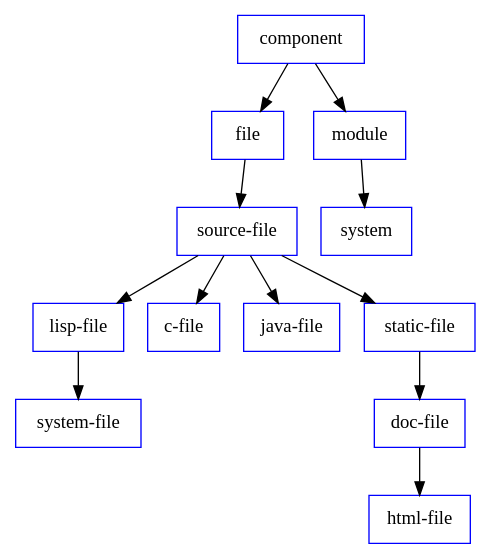
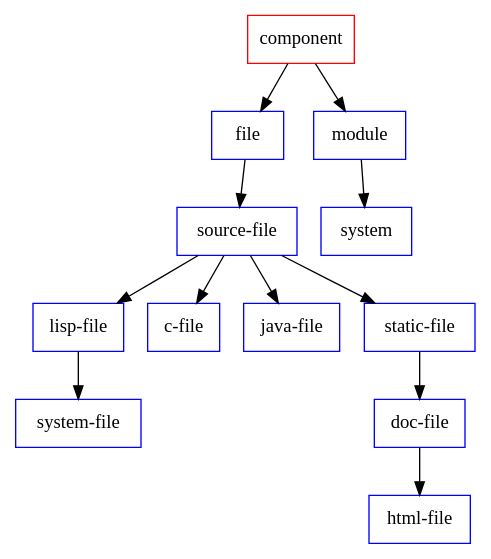
Before and after one commit to didierverna/declt: the diagram in doc/components.dot, drawn with Graphviz. The commit also changed 6 other files, not shown here.

```diff
--- a/doc/components.dot
+++ b/doc/components.dot
@@ -1,21 +1,15 @@
 strict digraph
 {
   margin = 0;
   rankdir = TD;
   node [ shape = box color = blue ]
 
-  { rank = same "lisp-file" "c-file" "java-file" "static-file" }
+  component [ color = red fontname = "times bold" ]
+  component -> { file module }
 
-  "component" -> "file";
-  "file" -> "source-file";
-  "source-file" -> "lisp-file";
-  "lisp-file" -> "system-file";
-  "source-file" -> "c-file";
-  "source-file" -> "java-file";
-  "source-file" -> "static-file";
-  "static-file" -> "doc-file";
-  "doc-file" -> "html-file";
+  file -> "source-file" -> { "lisp-file" "c-file" "java-file" "static-file" }
+  "lisp-file" -> "system-file"
+  "static-file" -> "doc-file" -> "html-file"
 
-  "component" -> "module";
-  "module" -> "system";
+  module -> system
 }
```
